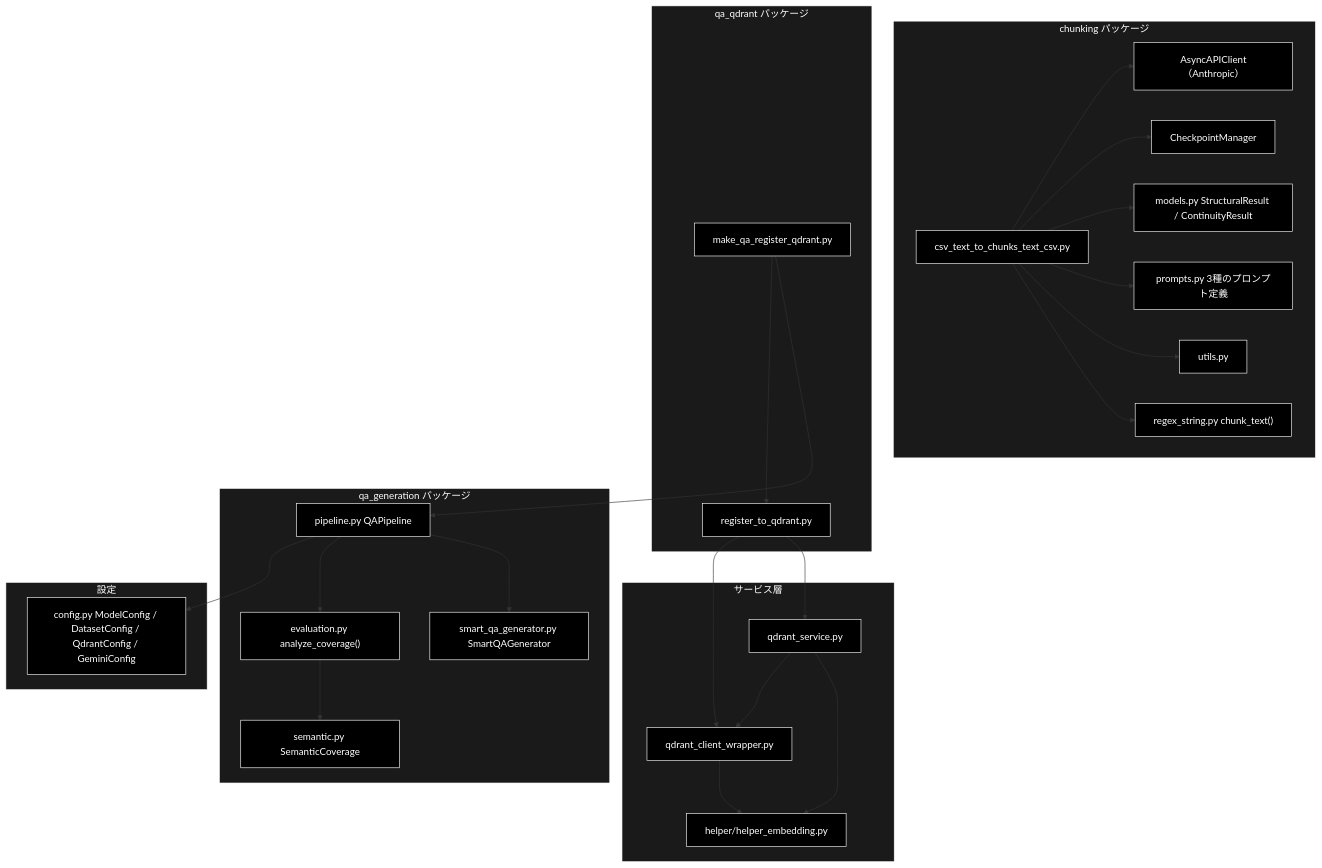
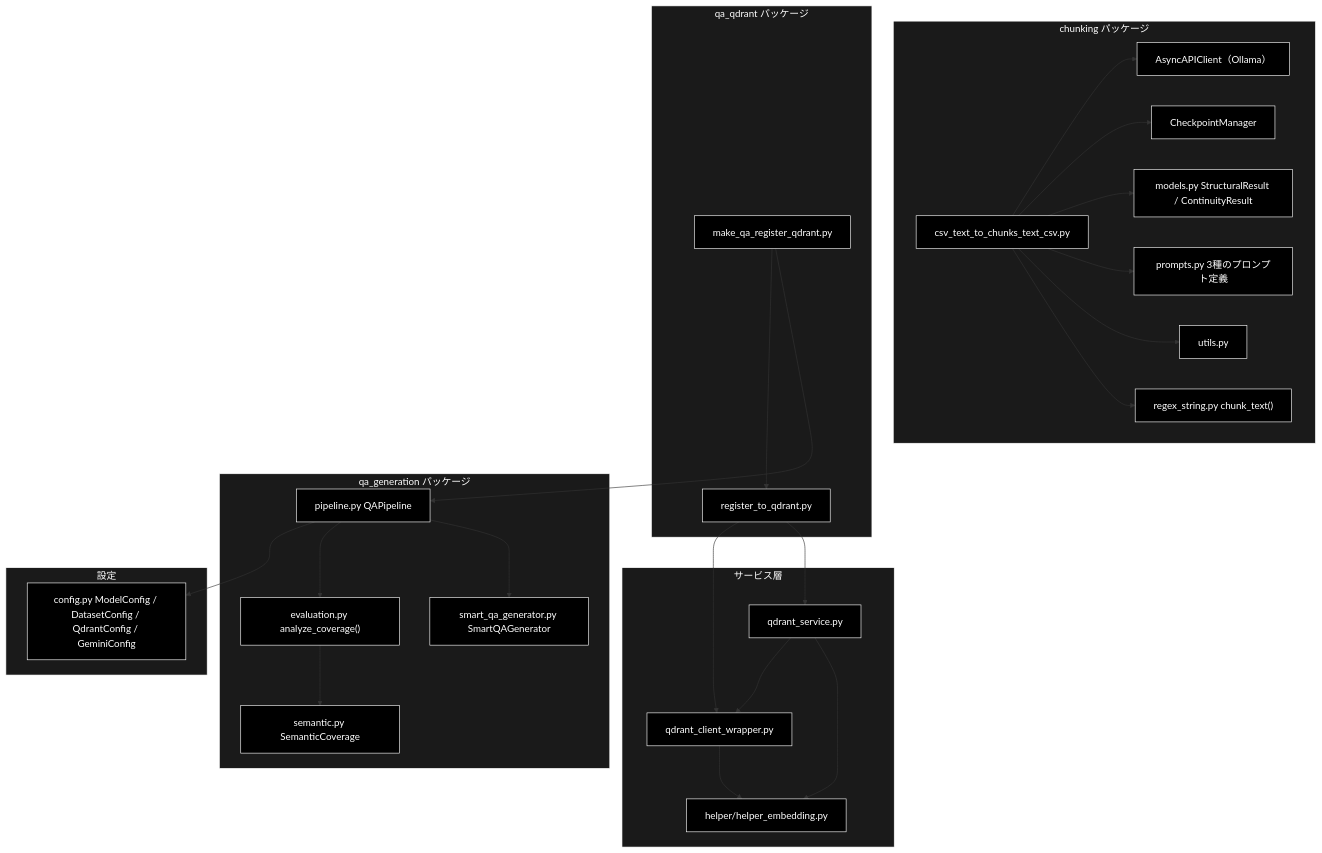
The second of 5 diagrams in readme_rag.md (nakashima2toshio/ollama_grace_agent_v2), drawn with Mermaid before and after one commit. The commit also changed other lines of this file and 5 other files, not shown here.

First line of the commit message:
docs(readme): Ollama ネイティブ化（README*.md の Anthropic/Gemini/OpenAI 表記を統一）

````diff
--- a/readme_rag.md
+++ b/readme_rag.md
@@ -330,63 +330,63 @@
 ```mermaid
 flowchart TB
     subgraph CHUNKING_PKG["chunking パッケージ"]
         CSV_CHUNK["csv_text_to_chunks_text_csv.py"]
-        ASYNC_CLI["AsyncAPIClient（Anthropic）"]
+        ASYNC_CLI["AsyncAPIClient（Ollama）"]
         CHECKPOINT["CheckpointManager"]
         MODELS["models.py StructuralResult / ContinuityResult"]
         PROMPTS["prompts.py 3種のプロンプト定義"]
         UTILS["utils.py"]
         REGEX["regex_string.py chunk_text()"]
     end
 
     subgraph QA_QDRANT["qa_qdrant パッケージ"]
         MAKE_QA["make_qa_register_qdrant.py"]
         REG_QDRANT["register_to_qdrant.py"]
     end
 
     subgraph QA_GEN["qa_generation パッケージ"]
         QA_PIPE["pipeline.py QAPipeline"]
         SMART_GEN["smart_qa_generator.py SmartQAGenerator"]
         EVAL["evaluation.py analyze_coverage()"]
         SEM["semantic.py SemanticCoverage"]
     end
 
     subgraph SERVICES["サービス層"]
         QDRANT_SVC["qdrant_service.py"]
         QDRANT_WRAP["qdrant_client_wrapper.py"]
         HELPER_EMB["helper/helper_embedding.py"]
     end
 
     subgraph CONFIG_PKG["設定"]
         CONFIG["config.py ModelConfig / DatasetConfig / QdrantConfig / GeminiConfig"]
     end
 
     CSV_CHUNK --> ASYNC_CLI
     CSV_CHUNK --> CHECKPOINT
     CSV_CHUNK --> MODELS
     CSV_CHUNK --> PROMPTS
     CSV_CHUNK --> UTILS
     CSV_CHUNK --> REGEX
 
     MAKE_QA --> QA_PIPE
     MAKE_QA --> REG_QDRANT
     REG_QDRANT --> QDRANT_SVC
     REG_QDRANT --> QDRANT_WRAP
 
     QA_PIPE --> SMART_GEN
     QA_PIPE --> EVAL
     EVAL --> SEM
     QA_PIPE --> CONFIG
 
     QDRANT_SVC --> HELPER_EMB
     QDRANT_SVC --> QDRANT_WRAP
     QDRANT_WRAP --> HELPER_EMB
 classDef default fill:#000,stroke:#fff,color:#fff
 classDef subgraphStyle fill:#1a1a1a,stroke:#fff,color:#fff
 class CSV_CHUNK,ASYNC_CLI,CHECKPOINT,MODELS,PROMPTS,UTILS,REGEX,MAKE_QA,REG_QDRANT,QA_PIPE,SMART_GEN,EVAL,SEM,QDRANT_SVC,QDRANT_WRAP,HELPER_EMB,CONFIG default
 style CHUNKING_PKG fill:#1a1a1a,stroke:#fff,color:#fff
 style QA_QDRANT fill:#1a1a1a,stroke:#fff,color:#fff
 style QA_GEN fill:#1a1a1a,stroke:#fff,color:#fff
 style SERVICES fill:#1a1a1a,stroke:#fff,color:#fff
 style CONFIG_PKG fill:#1a1a1a,stroke:#fff,color:#fff
 ```
````
